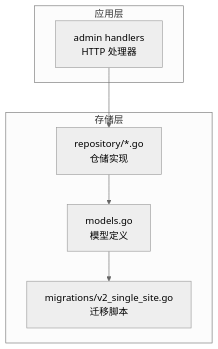
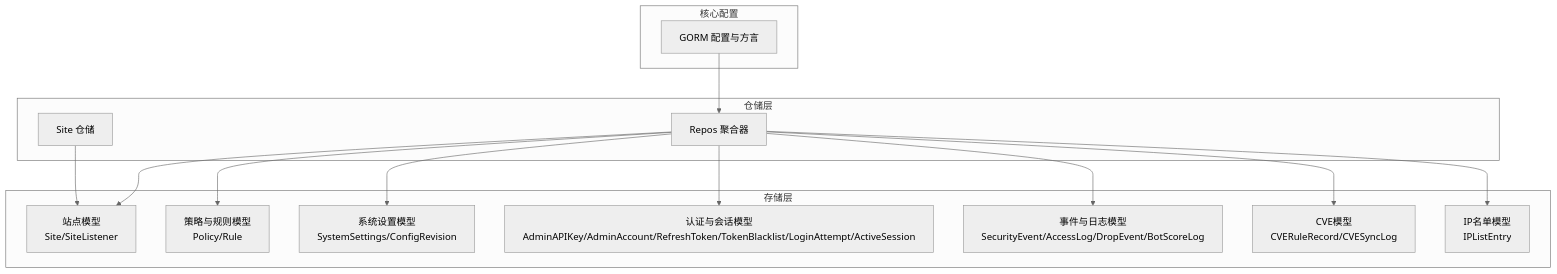
One commit to x01n/My-OpenWaf changed the first of 3 diagrams in docs/数据存储层/数据库模型设计.md. Above: the diagram before and after it, drawn with Mermaid (neutral theme). The commit also changed other lines of this file and 199 other files, not shown here.

````diff
--- a/docs/数据存储层/数据库模型设计.md
+++ b/docs/数据存储层/数据库模型设计.md
@@ -38,14 +36,28 @@
 ```mermaid
 graph TB
 subgraph "存储层"
-M["models.go<br/>模型定义"]
-R["repository/*.go<br/>仓储实现"]
-MG["migrations/v2_single_site.go<br/>迁移脚本"]
+A["站点模型<br/>Site/SiteListener"]
+B["策略与规则模型<br/>Policy/Rule"]
+C["系统设置模型<br/>SystemSettings/ConfigRevision"]
+D["认证与会话模型<br/>AdminAPIKey/AdminAccount/RefreshToken/TokenBlacklist/LoginAttempt/ActiveSession"]
+E["事件与日志模型<br/>SecurityEvent/AccessLog/DropEvent/BotScoreLog"]
+F["CVE模型<br/>CVERuleRecord/CVESyncLog"]
+G["IP名单模型<br/>IPListEntry"]
 end
-subgraph "应用层"
-H["admin handlers<br/>HTTP 处理器"]
+subgraph "仓储层"
+H["Repos 聚合器"]
+I["Site 仓储"]
 end
-H --> R
-R --> M
-M --> MG
+subgraph "核心配置"
+J["GORM 配置与方言"]
+end
+H --> A
+H --> B
+H --> C
+H --> D
+H --> E
+H --> F
+H --> G
+I --> A
+J --> H
 ```
````
